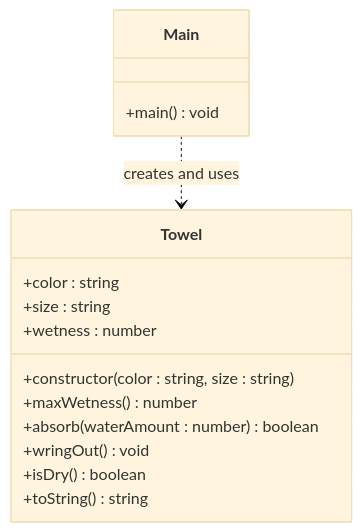
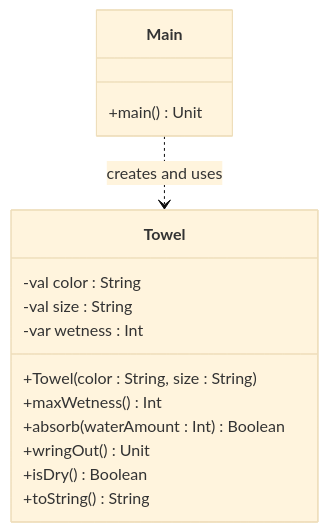
One commit to qxcodepoo/arcade changed the diagram in labs/toalha/README.md. Above: the diagram before and after it, drawn with Mermaid (base theme). The commit also changed other lines of this file and 201 other files, not shown here.

````diff
--- a/labs/toalha/README.md
+++ b/labs/toalha/README.md
@@ -44,23 +44,23 @@
 ```mermaid
 %%{init: { "fontFamily": "monospace" } }%%
 classDiagram
     direction TB
 
     class Towel {
-        +color : string
-        +size : string
-        +wetness : number
-        +constructor(color : string, size : string)
-        +maxWetness() number
-        +absorb(waterAmount : number) boolean
-        +wringOut() void
-        +isDry() boolean
-        +toString() string
+        -val color : String
+        -val size : String
+        -var wetness : Int
+        +Towel(color : String, size : String)
+        +maxWetness() Int
+        +absorb(waterAmount : Int) Boolean
+        +wringOut() Unit
+        +isDry() Boolean
+        +toString() String
     }
 
     class Main {
-        +main() void
+        +main() Unit
     }
 
     Main ..> Towel : creates and uses
 ```
````
